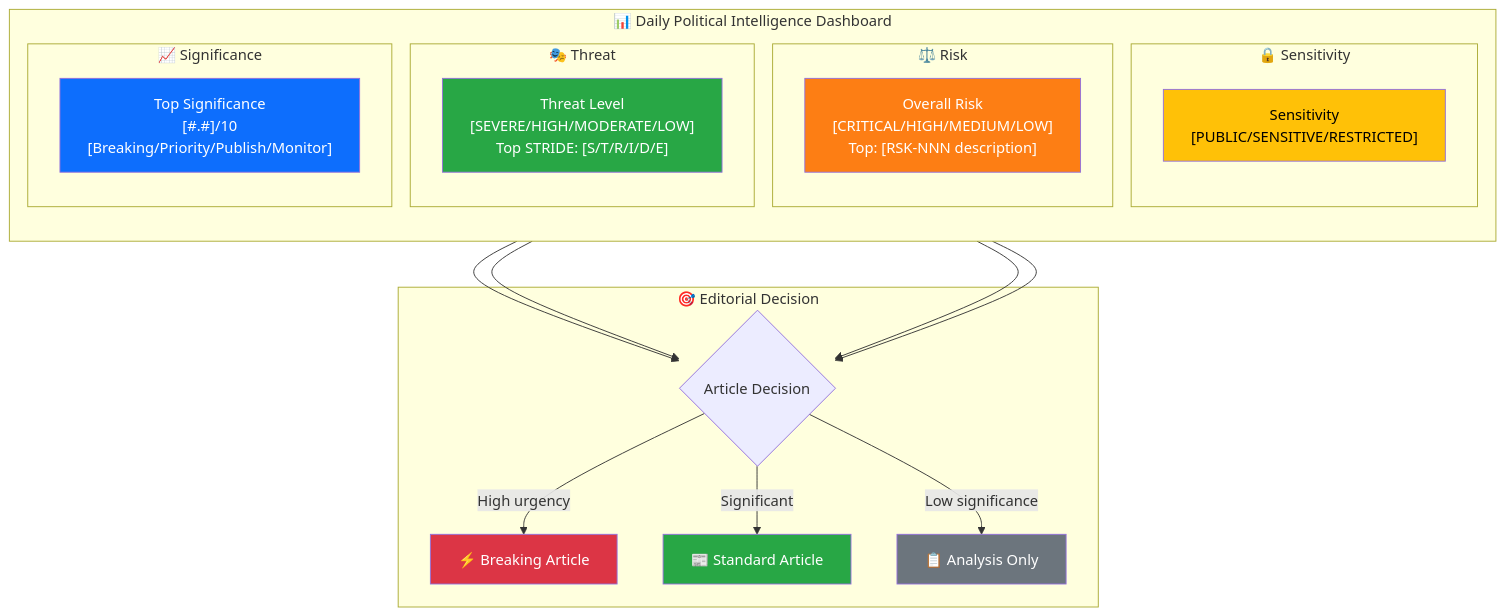
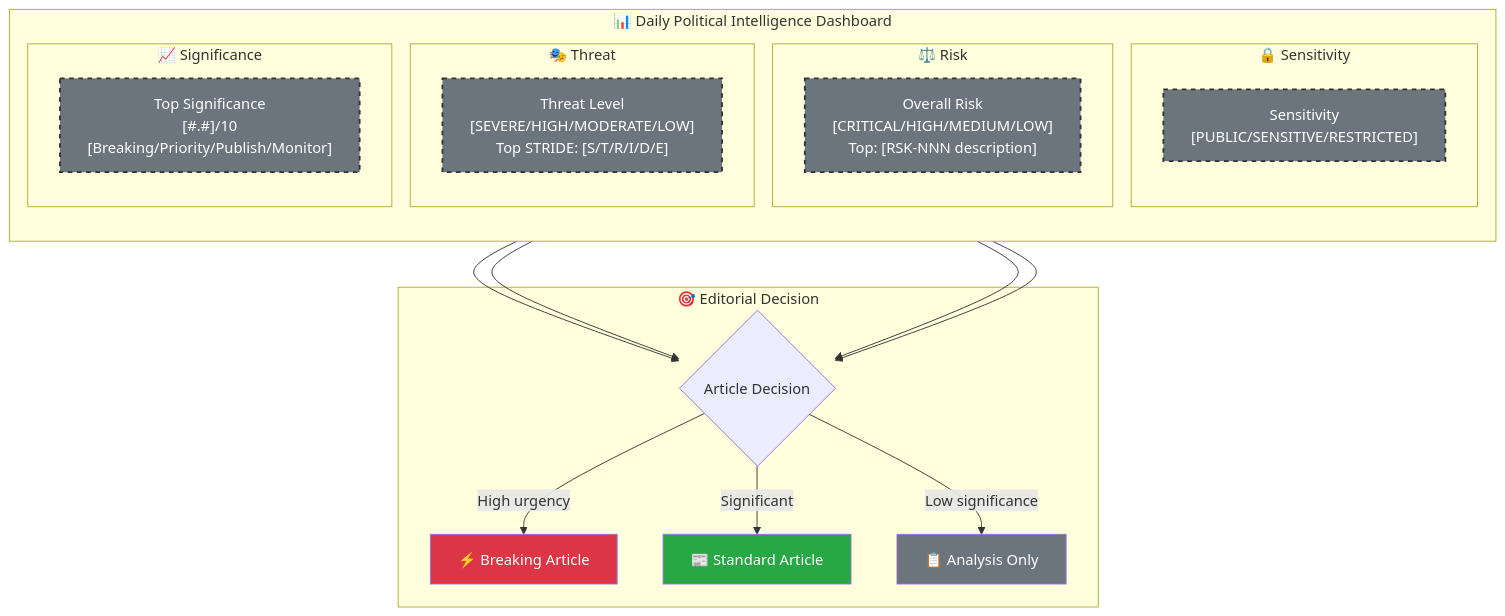
One commit to Hack23/riksdagsmonitor changed the first of 2 diagrams in analysis/templates/synthesis-summary.md. Above: the diagram before and after it, drawn with Mermaid. The commit also changed other lines of this file and 2 other files, not shown here.

Commit message:
Address round 8 review: align example doc type, grey placeholders in synthesis dashboard, fix README date
Agent-Logs-Url: https://github.com/Hack23/riksdagsmonitor/sessions/fbd1444f-cd57-4167-bc86-d6cd185e56f1

````diff
--- a/analysis/templates/synthesis-summary.md
+++ b/analysis/templates/synthesis-summary.md
@@ -45,38 +45,38 @@
 ```mermaid
 graph TD
     subgraph "📊 Daily Political Intelligence Dashboard"
         direction TB
         subgraph "🔒 Sensitivity"
             CLS["Sensitivity<br/>[PUBLIC/SENSITIVE/RESTRICTED]"]
         end
         subgraph "⚖️ Risk"
             RSK["Overall Risk<br/>[CRITICAL/HIGH/MEDIUM/LOW]<br/>Top: [RSK-NNN description]"]
         end
         subgraph "🎭 Threat"
             THR["Threat Level<br/>[SEVERE/HIGH/MODERATE/LOW]<br/>Top STRIDE: [S/T/R/I/D/E]"]
         end
         subgraph "📈 Significance"
             SIG["Top Significance<br/>[#.#]/10<br/>[Breaking/Priority/Publish/Monitor]"]
         end
     end
 
     subgraph "🎯 Editorial Decision"
         DEC{Article Decision}
         DEC -->|"High urgency"| BRK["⚡ Breaking Article"]
         DEC -->|"Significant"| STD["📰 Standard Article"]
         DEC -->|"Low significance"| MON["📋 Analysis Only"]
     end
 
     CLS --> DEC
     RSK --> DEC
     THR --> DEC
     SIG --> DEC
 
-    style CLS fill:#ffc107,color:#000
-    style RSK fill:#fd7e14,color:#fff
-    style THR fill:#28a745,color:#fff
-    style SIG fill:#0d6efd,color:#fff
+    style CLS fill:#6c757d,stroke:#333,stroke-width:2px,stroke-dasharray:5 5,color:#fff
+    style RSK fill:#6c757d,stroke:#333,stroke-width:2px,stroke-dasharray:5 5,color:#fff
+    style THR fill:#6c757d,stroke:#333,stroke-width:2px,stroke-dasharray:5 5,color:#fff
+    style SIG fill:#6c757d,stroke:#333,stroke-width:2px,stroke-dasharray:5 5,color:#fff
     style BRK fill:#dc3545,color:#fff
     style STD fill:#28a745,color:#fff
     style MON fill:#6c757d,color:#fff
 ```
````
